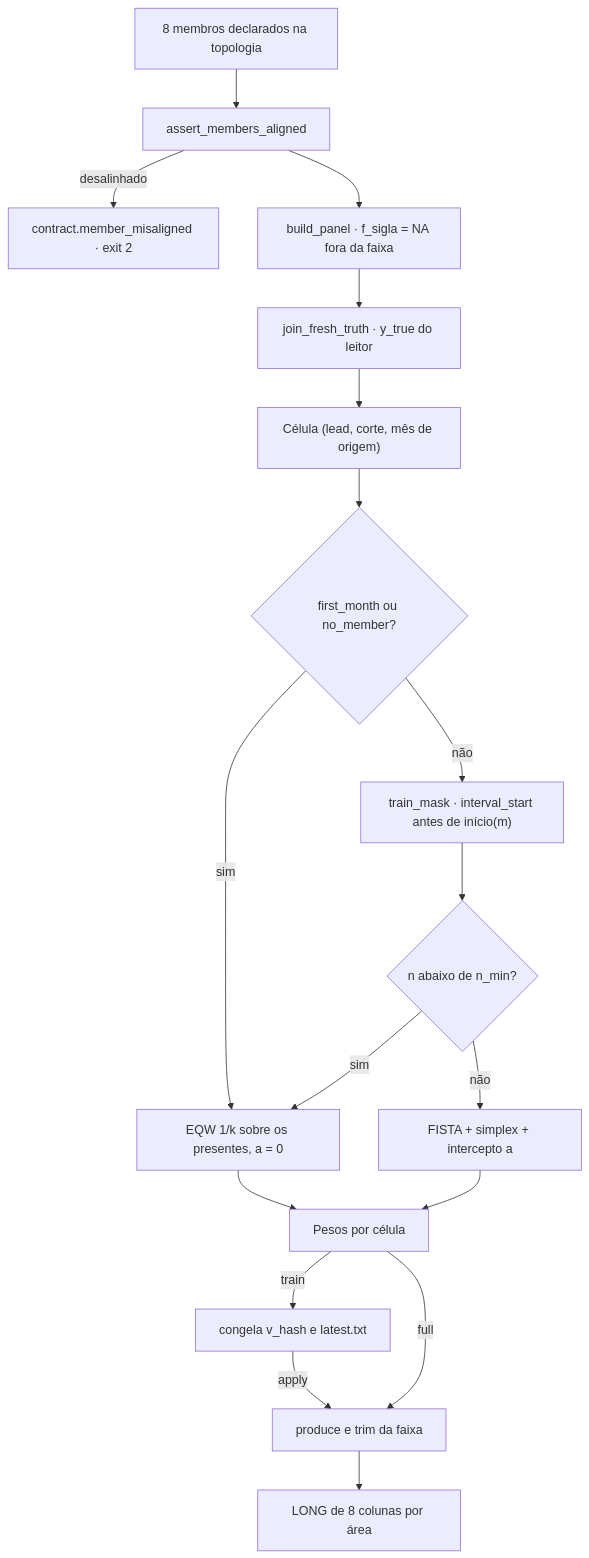
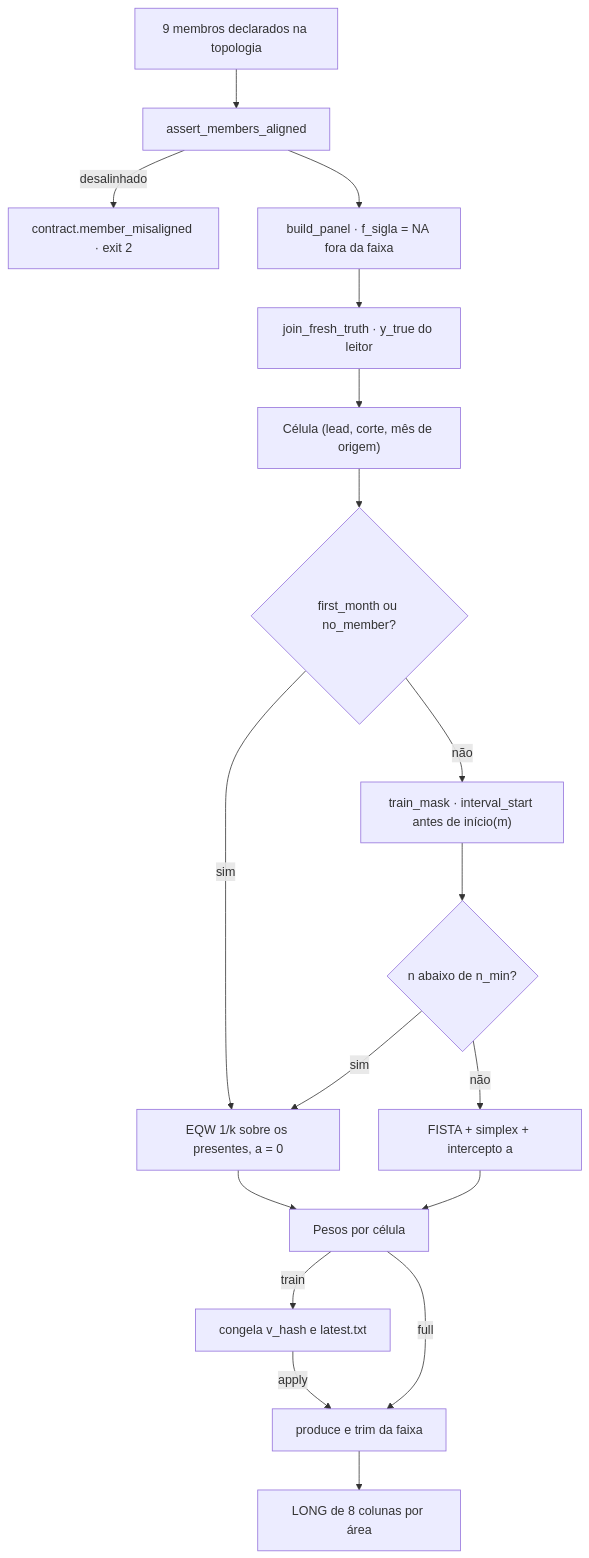
The first of 2 diagrams in website/docs/metodologia/11-combina.mdx (ONSBR/prevcarga), drawn with Mermaid before and after one commit. The commit also changed other lines of this file and 25 other files, not shown here.

````diff
--- a/website/docs/metodologia/11-combina.mdx
+++ b/website/docs/metodologia/11-combina.mdx
@@ -77,20 +77,20 @@
 ```mermaid
 flowchart TB
-  A["8 membros declarados na topologia"]:::fundacao --> B["assert_members_aligned"]:::fundacao
+  A["9 membros declarados na topologia"]:::fundacao --> B["assert_members_aligned"]:::fundacao
   B -->|desalinhado| X["contract.member_misaligned · exit 2"]:::erro
   B --> C["build_panel · f_sigla = NA fora da faixa"]:::fundacao
   C --> D["join_fresh_truth · y_true do leitor"]:::fundacao
   D --> E["Célula (lead, corte, mês de origem)"]:::fundacao
   E --> F{"first_month ou no_member?"}
   F -->|sim| G["EQW 1/k sobre os presentes, a = 0"]:::fundacao
   F -->|não| H["train_mask · interval_start antes de início(m)"]:::corte
   H --> N{"n abaixo de n_min?"}
   N -->|sim| G
   N -->|não| I["FISTA + simplex + intercepto a"]:::fundacao
   G --> J["Pesos por célula"]:::fundacao
   I --> J
   J -->|train| K["congela v_hash e latest.txt"]:::fundacao
   K -->|apply| L["produce e trim da faixa"]:::fundacao
   J -->|full| L
   L --> M["LONG de 8 colunas por área"]:::fundacao
 ```
````
